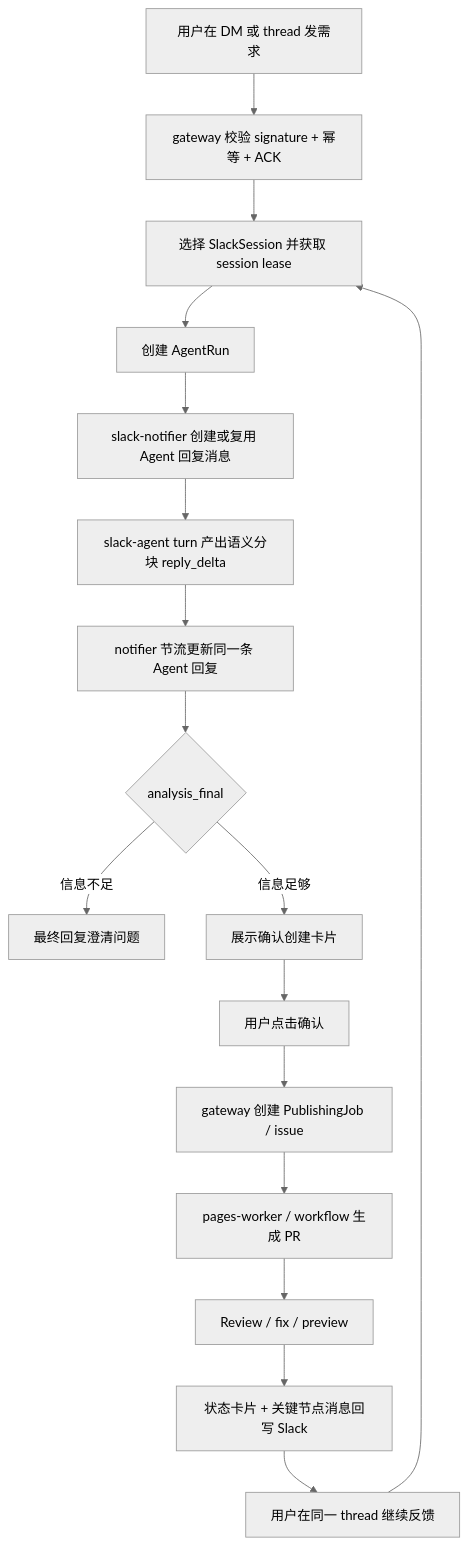
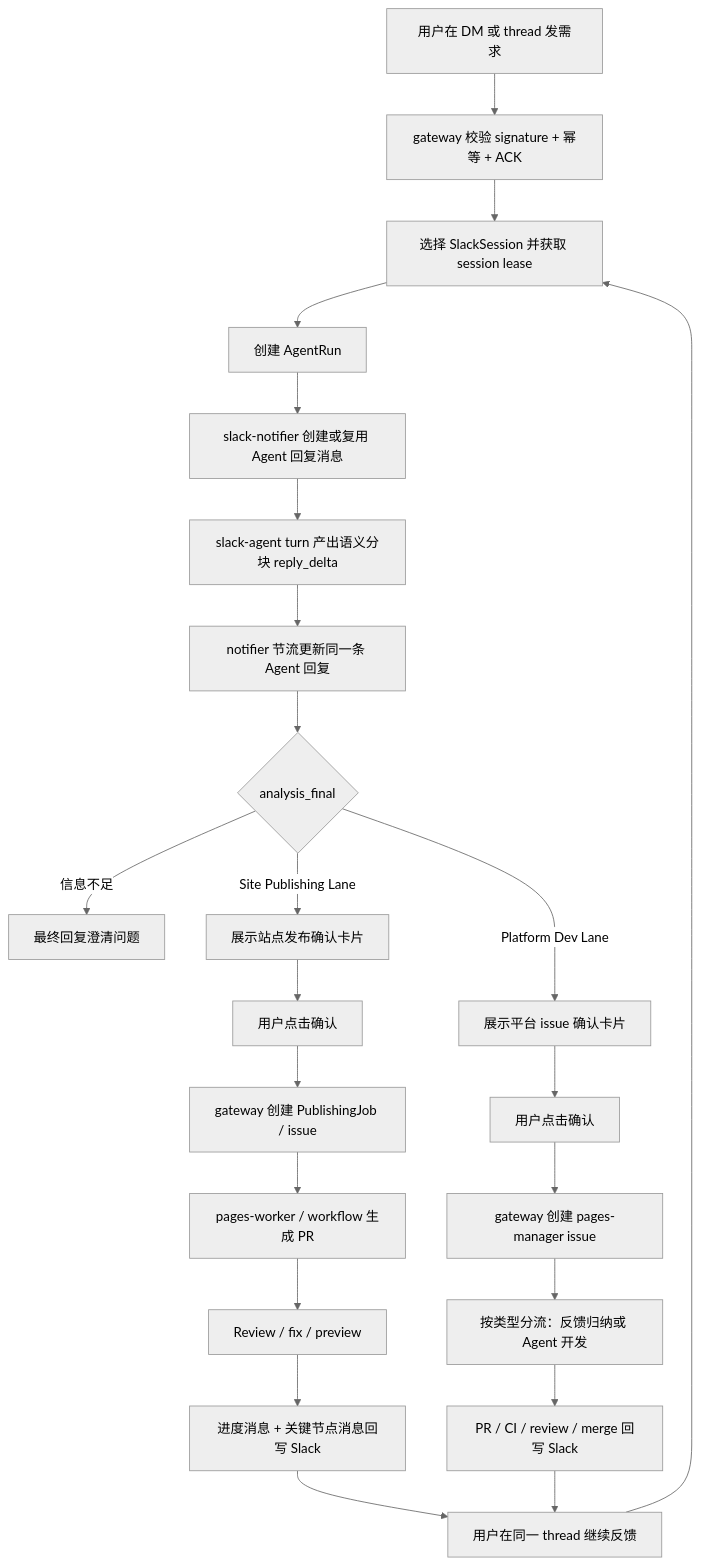
The diagram in docs/architecture/slack-platform-runtime.md (qaj701224-blip/pages-manager), drawn with Mermaid (neutral theme) before and after one commit. The commit also changed other lines of this file and 55 other files, not shown here.

Commit message:
feat(gateway): 支持 Slack 平台开发闭环

````diff
--- a/docs/architecture/slack-platform-runtime.md
+++ b/docs/architecture/slack-platform-runtime.md
@@ -534,19 +547,25 @@
 ```mermaid
 flowchart TD
   A["用户在 DM 或 thread 发需求"] --> B["gateway 校验 signature + 幂等 + ACK"]
   B --> C["选择 SlackSession 并获取 session lease"]
   C --> D["创建 AgentRun"]
   D --> E["slack-notifier 创建或复用 Agent 回复消息"]
   E --> F["slack-agent turn 产出语义分块 reply_delta"]
   F --> G["notifier 节流更新同一条 Agent 回复"]
   G --> H{"analysis_final"}
   H -->|"信息不足"| I["最终回复澄清问题"]
-  H -->|"信息足够"| J["展示确认创建卡片"]
+  H -->|"Site Publishing Lane"| J["展示站点发布确认卡片"]
+  H -->|"Platform Dev Lane"| Q["展示平台 issue 确认卡片"]
   J --> K["用户点击确认"]
   K --> L["gateway 创建 PublishingJob / issue"]
   L --> M["pages-worker / workflow 生成 PR"]
   M --> N["Review / fix / preview"]
-  N --> O["状态卡片 + 关键节点消息回写 Slack"]
+  N --> O["进度消息 + 关键节点消息回写 Slack"]
   O --> P["用户在同一 thread 继续反馈"]
+  Q --> R["用户点击确认"]
+  R --> S["gateway 创建 pages-manager issue"]
+  S --> T["按类型分流：反馈归纳或 Agent 开发"]
+  T --> U["PR / CI / review / merge 回写 Slack"]
+  U --> P
   P --> C
 ```
````
